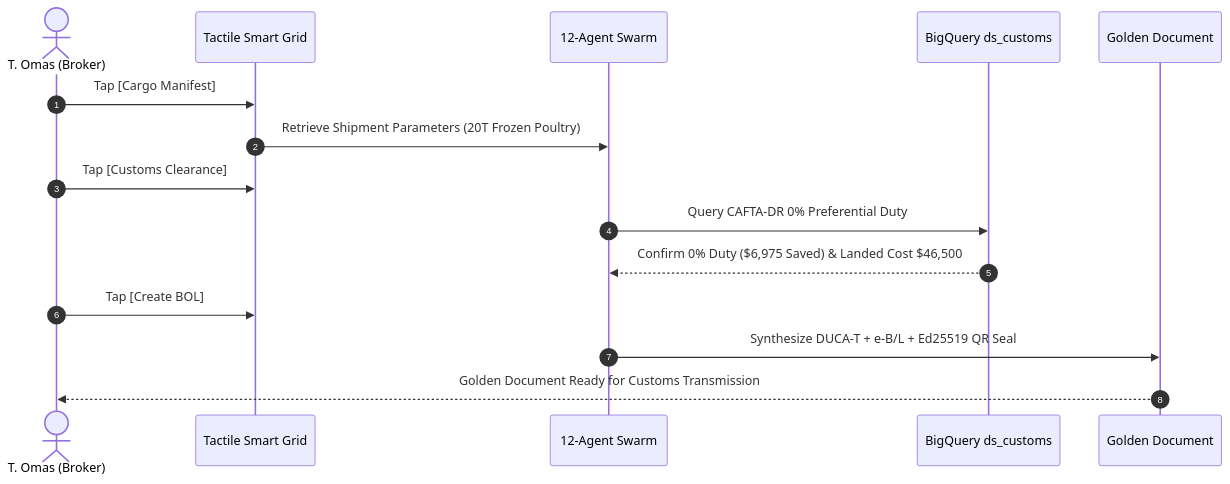
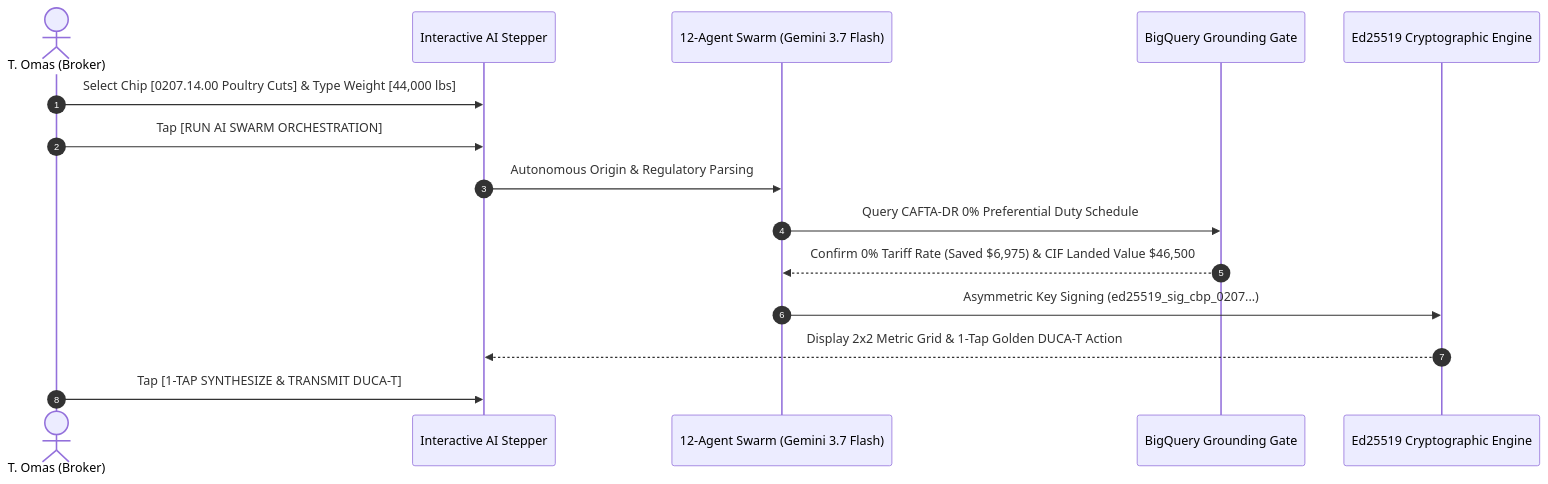
The diagram in docs/demos/DEMO_1_CAMPABADAL_3PL_BROKERAGE.md (CostaCloudSA/all-things-logistics), drawn with Mermaid before and after one commit. The commit also changed other lines of this file and 8 other files, not shown here.

Commit message:
feat: multi-step interactive AI demos with smart chips, numerical inputs & under-construction guide modals

````diff
--- a/docs/demos/DEMO_1_CAMPABADAL_3PL_BROKERAGE.md
+++ b/docs/demos/DEMO_1_CAMPABADAL_3PL_BROKERAGE.md
@@ -30,18 +33,18 @@
 ```mermaid
 sequenceDiagram
     autonumber
     actor Broker as T. Omas (Broker)
-    participant Grid as Tactile Smart Grid
-    participant Swarm as 12-Agent Swarm
-    participant BQ as BigQuery ds_customs
-    participant Doc as Golden Document
+    participant UI as Interactive AI Stepper
+    participant Swarm as 12-Agent Swarm (Gemini 3.7 Flash)
+    participant BQ as BigQuery Grounding Gate
+    participant Seal as Ed25519 Cryptographic Engine
 
-    Broker->>Grid: Tap [Cargo Manifest]
-    Grid->>Swarm: Retrieve Shipment Parameters (20T Frozen Poultry)
-    Broker->>Grid: Tap [Customs Clearance]
-    Swarm->>BQ: Query CAFTA-DR 0% Preferential Duty
-    BQ-->>Swarm: Confirm 0% Duty ($6,975 Saved) & Landed Cost $46,500
-    Broker->>Grid: Tap [Create BOL]
-    Swarm->>Doc: Synthesize DUCA-T + e-B/L + Ed25519 QR Seal
-    Doc-->>Broker: Golden Document Ready for Customs Transmission
+    Broker->>UI: Select Chip [0207.14.00 Poultry Cuts] & Type Weight [44,000 lbs]
+    Broker->>UI: Tap [RUN AI SWARM ORCHESTRATION]
+    UI->>Swarm: Autonomous Origin & Regulatory Parsing
+    Swarm->>BQ: Query CAFTA-DR 0% Preferential Duty Schedule
+    BQ-->>Swarm: Confirm 0% Tariff Rate (Saved $6,975) & CIF Landed Value $46,500
+    Swarm->>Seal: Asymmetric Key Signing (ed25519_sig_cbp_0207...)
+    Seal-->>UI: Display 2x2 Metric Grid & 1-Tap Golden DUCA-T Action
+    Broker->>UI: Tap [1-TAP SYNTHESIZE & TRANSMIT DUCA-T]
 ```
````
